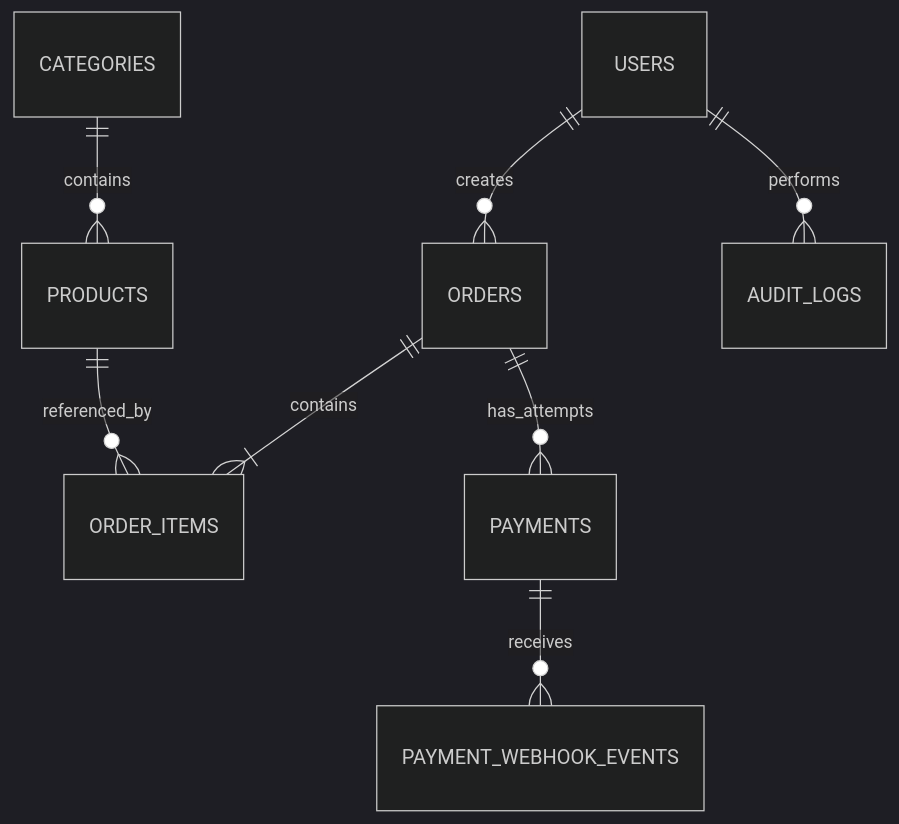
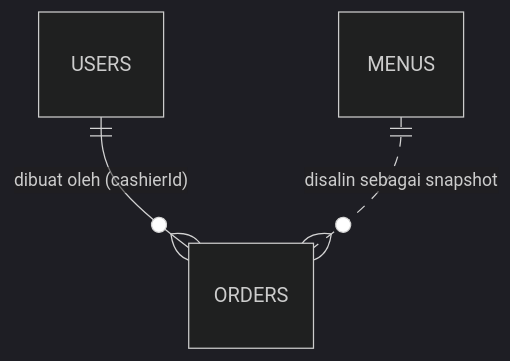
The diagram in docs/database-design.md (fahda13022006/POS-APPLLICATION), drawn with Mermaid (dark theme) before and after one commit. The commit also changed other lines of this file and 60 other files, not shown here.

````diff
--- a/docs/database-design.md
+++ b/docs/database-design.md
@@ -208,10 +149,5 @@
 ```mermaid
 erDiagram
-    USERS ||--o{ ORDERS : creates
-    CATEGORIES ||--o{ PRODUCTS : contains
-    ORDERS ||--|{ ORDER_ITEMS : contains
-    PRODUCTS ||--o{ ORDER_ITEMS : referenced_by
-    ORDERS ||--o{ PAYMENTS : has_attempts
-    PAYMENTS ||--o{ PAYMENT_WEBHOOK_EVENTS : receives
-    USERS ||--o{ AUDIT_LOGS : performs
+    USERS ||--o{ ORDERS : "dibuat oleh (cashierId)"
+    MENUS ||..o{ ORDERS : "disalin sebagai snapshot"
 ```
````
